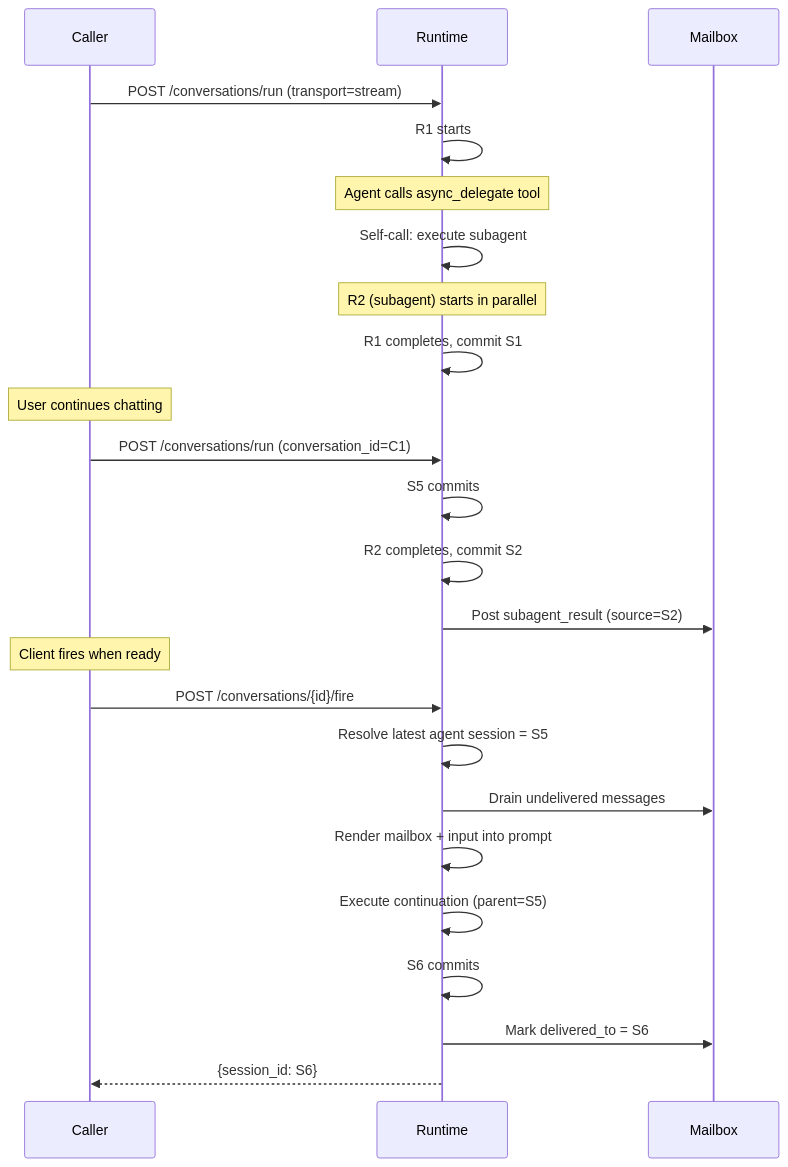
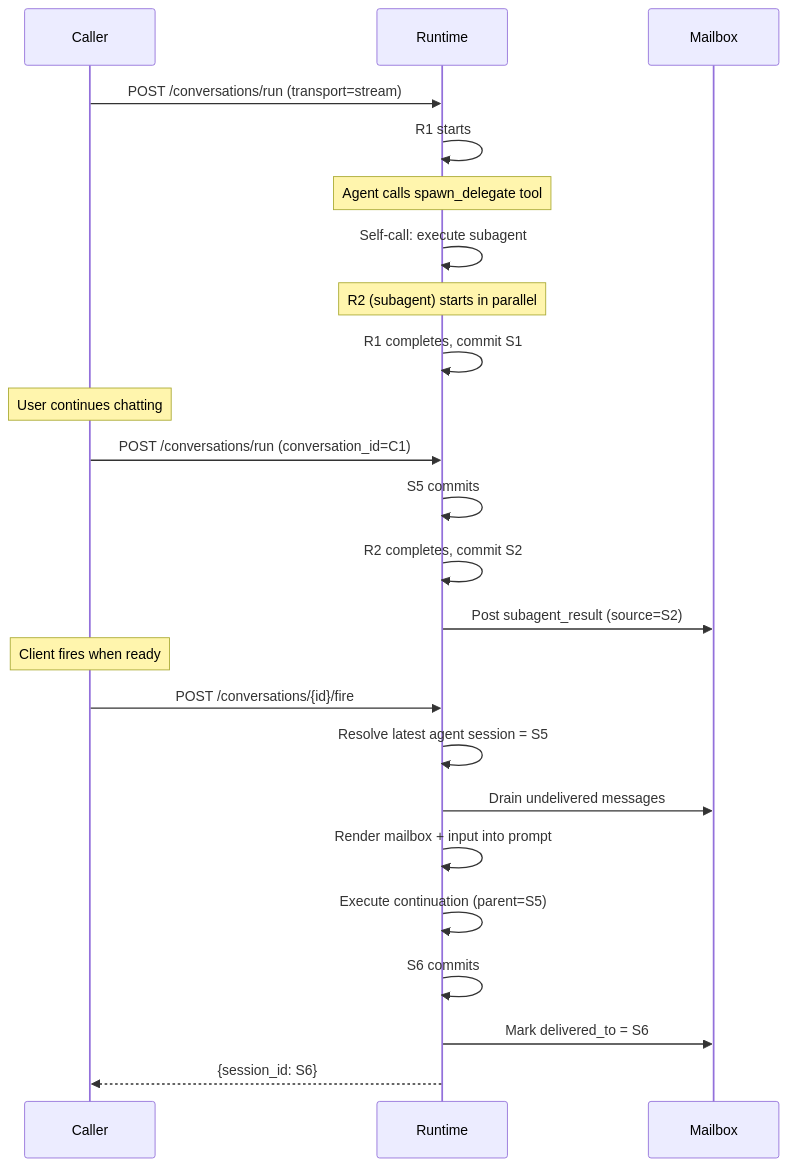
The third of 5 diagrams in spec/agent_runtime/06-async-agents.md (Wh1isper/netherbrain), drawn with Mermaid before and after one commit. The commit also changed other lines of this file and 32 other files, not shown here.

````diff
--- a/spec/agent_runtime/06-async-agents.md
+++ b/spec/agent_runtime/06-async-agents.md
@@ -76,32 +76,32 @@
 ```mermaid
 sequenceDiagram
     participant C as Caller
     participant RT as Runtime
     participant MB as Mailbox
 
     C->>RT: POST /conversations/run (transport=stream)
     RT->>RT: R1 starts
 
-    Note over RT: Agent calls async_delegate tool
+    Note over RT: Agent calls spawn_delegate tool
     RT->>RT: Self-call: execute subagent
     Note over RT: R2 (subagent) starts in parallel
 
     RT->>RT: R1 completes, commit S1
 
     Note over C: User continues chatting
     C->>RT: POST /conversations/run (conversation_id=C1)
     RT->>RT: S5 commits
 
     RT->>RT: R2 completes, commit S2
     RT->>MB: Post subagent_result (source=S2)
 
     Note over C: Client fires when ready
     C->>RT: POST /conversations/{id}/fire
     RT->>RT: Resolve latest agent session = S5
     RT->>MB: Drain undelivered messages
     RT->>RT: Render mailbox + input into prompt
     RT->>RT: Execute continuation (parent=S5)
     RT->>RT: S6 commits
     RT->>MB: Mark delivered_to = S6
     RT-->>C: {session_id: S6}
 ```
````
